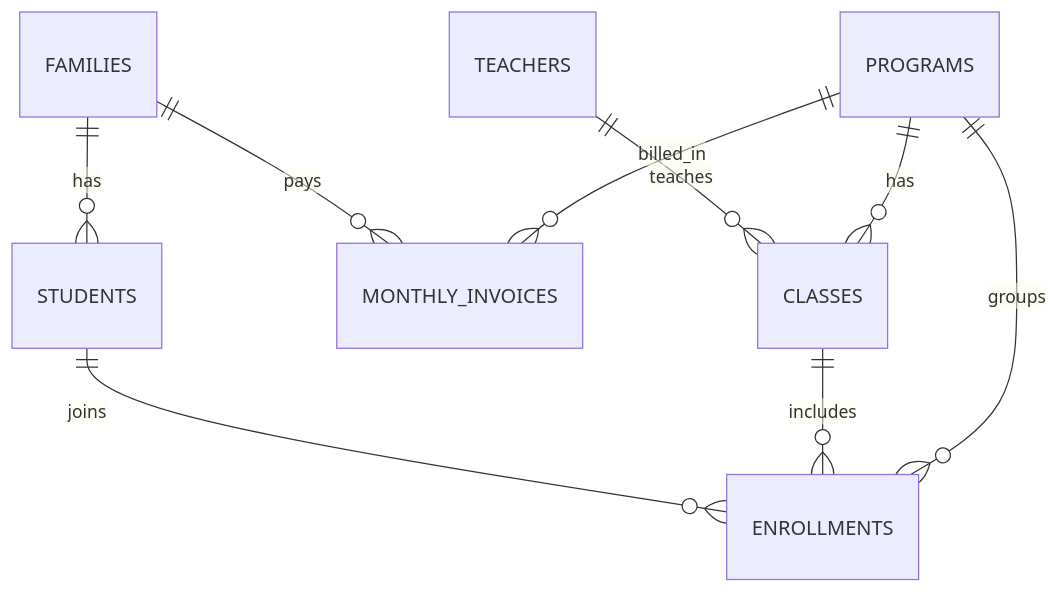
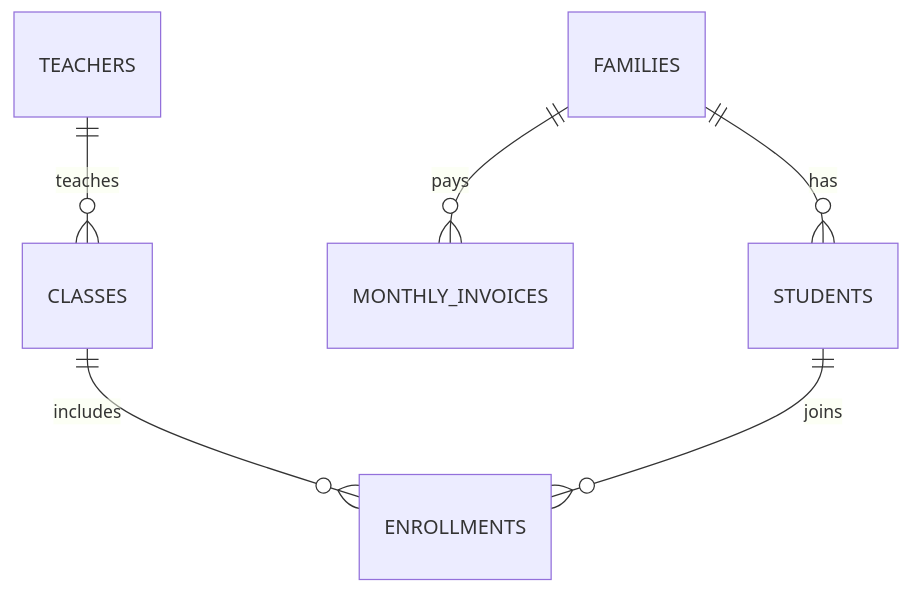
One commit to masjidnasrullahatl/nasrullah-academy changed the diagram in docs/DATA_MODEL.md. Above: the diagram before and after it, drawn with Mermaid. The commit also changed other lines of this file and 53 other files, not shown here.

````diff
--- a/docs/DATA_MODEL.md
+++ b/docs/DATA_MODEL.md
@@ -7,14 +7,10 @@
 ```mermaid
 erDiagram
-  PROGRAMS ||--o{ CLASSES : has
-  PROGRAMS ||--o{ ENROLLMENTS : groups
-  PROGRAMS ||--o{ MONTHLY_INVOICES : billed_in
-
   FAMILIES ||--o{ STUDENTS : has
   FAMILIES ||--o{ MONTHLY_INVOICES : pays
 
   TEACHERS ||--o{ CLASSES : teaches
 
   CLASSES ||--o{ ENROLLMENTS : includes
   STUDENTS ||--o{ ENROLLMENTS : joins
 ```
````
